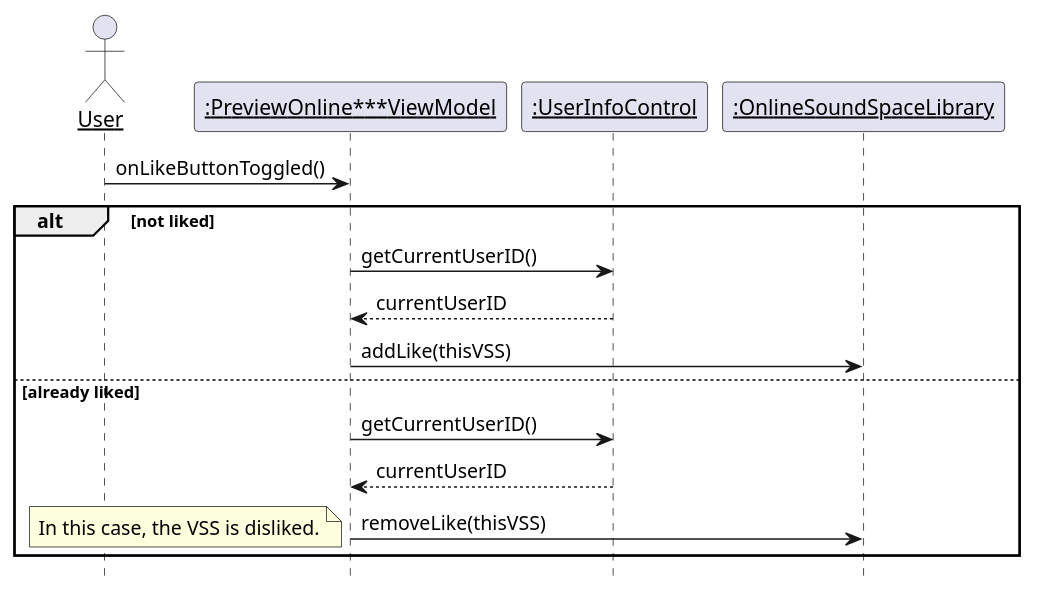
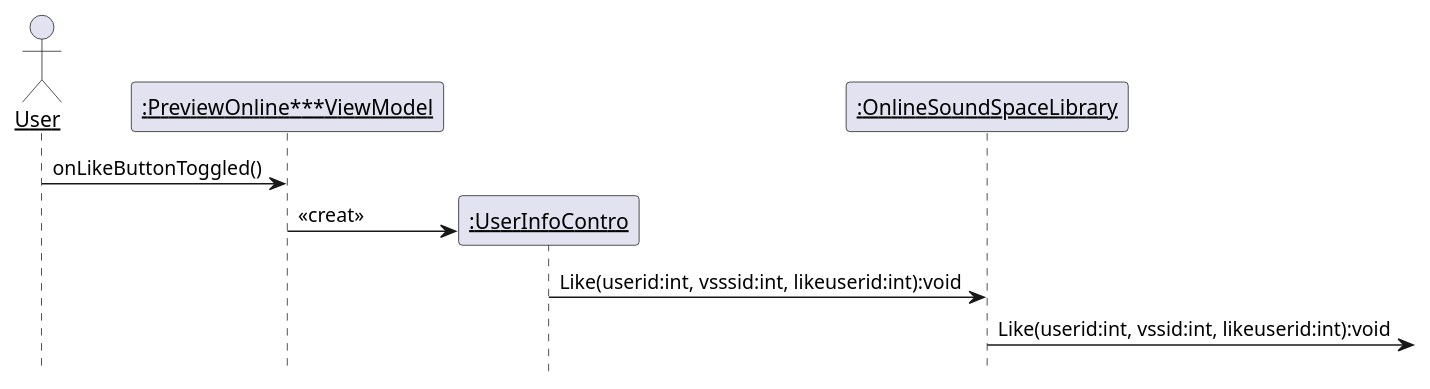
One commit to kpp19920121/doc changed diagram 18 of 39 in 设计/顺序图.md. Above: the diagram before and after it, drawn with PlantUML. The commit also changed other lines of this file, not shown here.

Commit message:
更新了含服务器端部分的顺序图

````diff
--- a/设计/顺序图.md
+++ b/设计/顺序图.md
@@ -647,23 +650,17 @@
 ```PlantUML
 @startuml Diagrams/LikeVSS
 hide footbox
 skinparam sequenceParticipant underline
 actor User as user
 participant ":PreviewOnline***ViewModel" as viewModel
-participant ":UserInfoControl" as info
+participant ":UserInfoContro" as info
 participant ":OnlineSoundSpaceLibrary" as library
 
 user -> viewModel: onLikeButtonToggled()
-alt not liked
-    viewModel -> info: getCurrentUserID()
-    info --> viewModel: currentUserID
-    viewModel -> library: addLike(thisVSS)
-else already liked
-    viewModel -> info: getCurrentUserID()
-    info --> viewModel: currentUserID
-    viewModel -> library: removeLike(thisVSS)
-    note left: In this case, the VSS is disliked.
-end
+create info
+viewModel->info:<<creat>>
+info->library:Like(userid:int, vsssid:int, likeuserid:int):void
+library->:Like(userid:int, vssid:int, likeuserid:int):void
 
 @enduml
 ```
````
